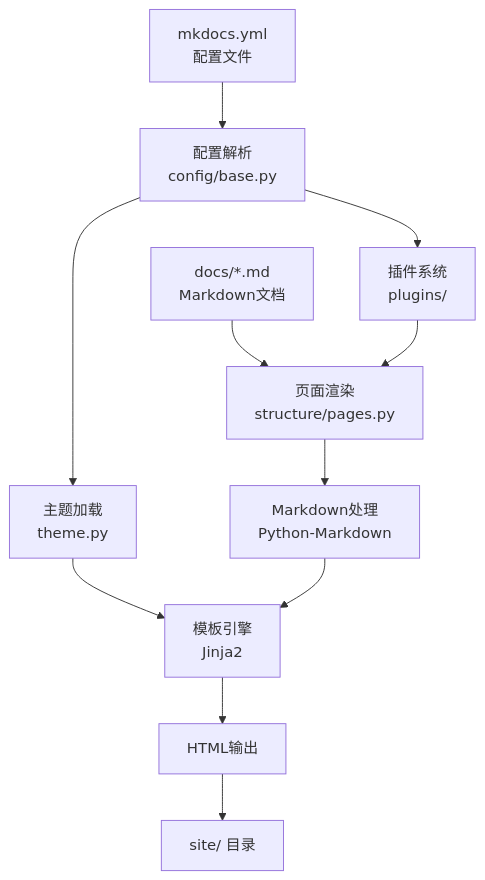
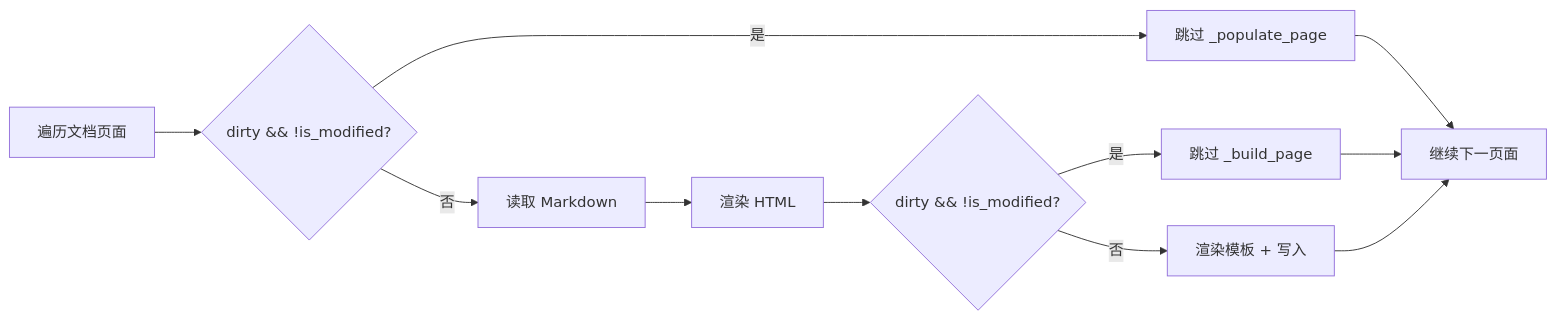
One commit to smallzh/mkdocs-smzhbook-theme changed the third of 3 diagrams in docs/user-guide/mkdocs-parse-process.md. Above: the diagram before and after it, drawn with Mermaid. The commit also changed other lines of this file and 4 other files, not shown here.

````diff
--- a/docs/user-guide/mkdocs-parse-process.md
+++ b/docs/user-guide/mkdocs-parse-process.md
@@ -11,13 +978,13 @@
 ```mermaid
-graph TB
-    A["mkdocs.yml<br/>配置文件"] --> B["配置解析<br/>config/base.py"]
-    C["docs/*.md<br/>Markdown文档"] --> D["页面渲染<br/>structure/pages.py"]
-    B --> E["主题加载<br/>theme.py"]
-    D --> F["Markdown处理<br/>Python-Markdown"]
-    E --> G["模板引擎<br/>Jinja2"]
-    F --> G
-    G --> H["HTML输出"]
-    H --> I["site/ 目录"]
-    B --> J["插件系统<br/>plugins/"]
-    J --> D
+graph LR
+    A["遍历文档页面"] --> B{"dirty && !is_modified?"}
+    B -->|"是"| C["跳过 _populate_page"]
+    B -->|"否"| D["读取 Markdown"]
+    D --> E["渲染 HTML"]
+    E --> F{"dirty && !is_modified?"}
+    F -->|"是"| G["跳过 _build_page"]
+    F -->|"否"| H["渲染模板 + 写入"]
+    C --> I["继续下一页面"]
+    G --> I
+    H --> I
 ```
````
